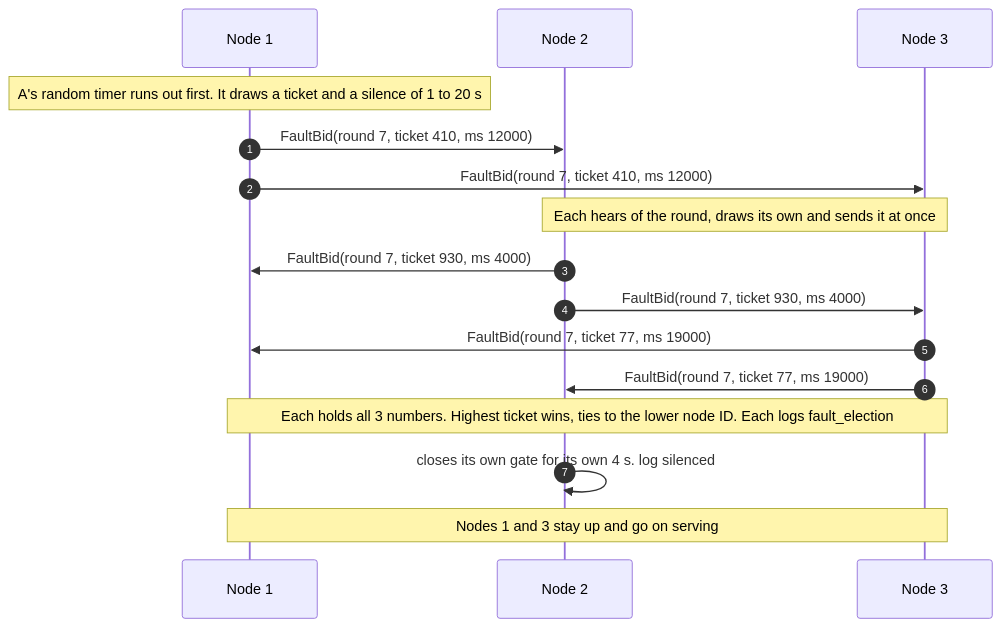
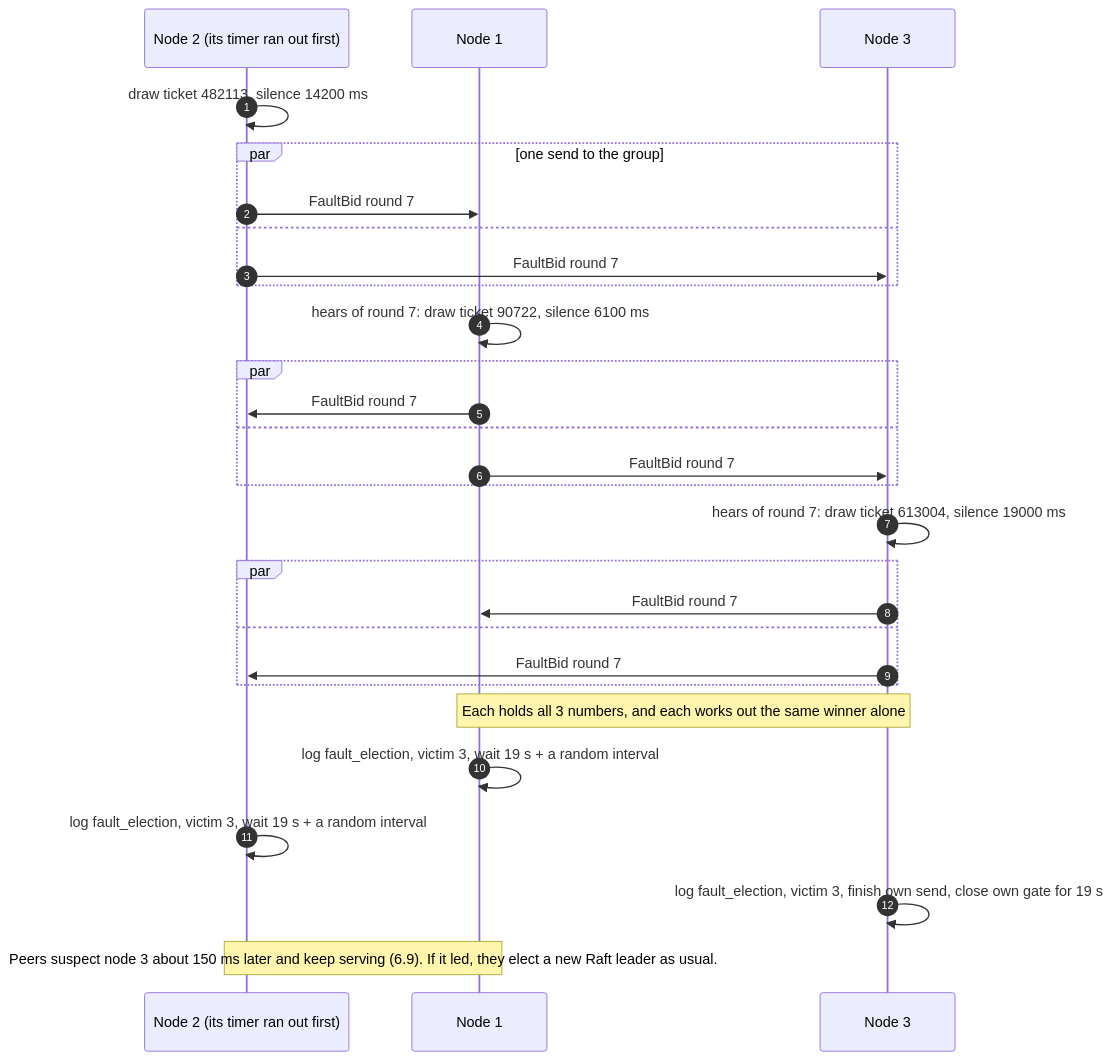
Before and after one commit to noortaytoy1/DistributedSystems: diagram 22 of 45 in docs/architecture.md, drawn with Mermaid. The commit also changed other lines of this file and 6 other files, not shown here.

First line of the commit message:
Apply the fault election's doc notes (D158-D162)

````diff
--- a/docs/architecture.md
+++ b/docs/architecture.md
@@ -890,18 +893,30 @@
 ```mermaid
 sequenceDiagram
     autonumber
-    participant A as Node 1
-    participant B as Node 2
-    participant C as Node 3
-    Note over A: A's random timer runs out first. It draws a ticket and a silence of 1 to 20 s
-    A->>B: FaultBid(round 7, ticket 410, ms 12000)
-    A->>C: FaultBid(round 7, ticket 410, ms 12000)
-    Note over B,C: Each hears of the round, draws its own and sends it at once
-    B->>A: FaultBid(round 7, ticket 930, ms 4000)
-    B->>C: FaultBid(round 7, ticket 930, ms 4000)
-    C->>A: FaultBid(round 7, ticket 77, ms 19000)
-    C->>B: FaultBid(round 7, ticket 77, ms 19000)
-    Note over A,C: Each holds all 3 numbers. Highest ticket wins, ties to the lower node ID. Each logs fault_election
-    B->>B: closes its own gate for its own 4 s. log silenced
-    Note over A,C: Nodes 1 and 3 stay up and go on serving
+    participant N2 as Node 2 (its timer ran out first)
+    participant N1 as Node 1
+    participant N3 as Node 3
+    N2->>N2: draw ticket 482113, silence 14200 ms
+    par one send to the group
+        N2->>N1: FaultBid round 7
+    and
+        N2->>N3: FaultBid round 7
+    end
+    N1->>N1: hears of round 7: draw ticket 90722, silence 6100 ms
+    par
+        N1->>N2: FaultBid round 7
+    and
+        N1->>N3: FaultBid round 7
+    end
+    N3->>N3: hears of round 7: draw ticket 613004, silence 19000 ms
+    par
+        N3->>N1: FaultBid round 7
+    and
+        N3->>N2: FaultBid round 7
+    end
+    Note over N1,N3: Each holds all 3 numbers, and each works out the same winner alone
+    N1->>N1: log fault_election, victim 3, wait 19 s + a random interval
+    N2->>N2: log fault_election, victim 3, wait 19 s + a random interval
+    N3->>N3: log fault_election, victim 3, finish own send, close own gate for 19 s
+    Note over N1,N2: Peers suspect node 3 about 150 ms later and keep serving (6.9). If it led, they elect a new Raft leader as usual.
 ```
````
